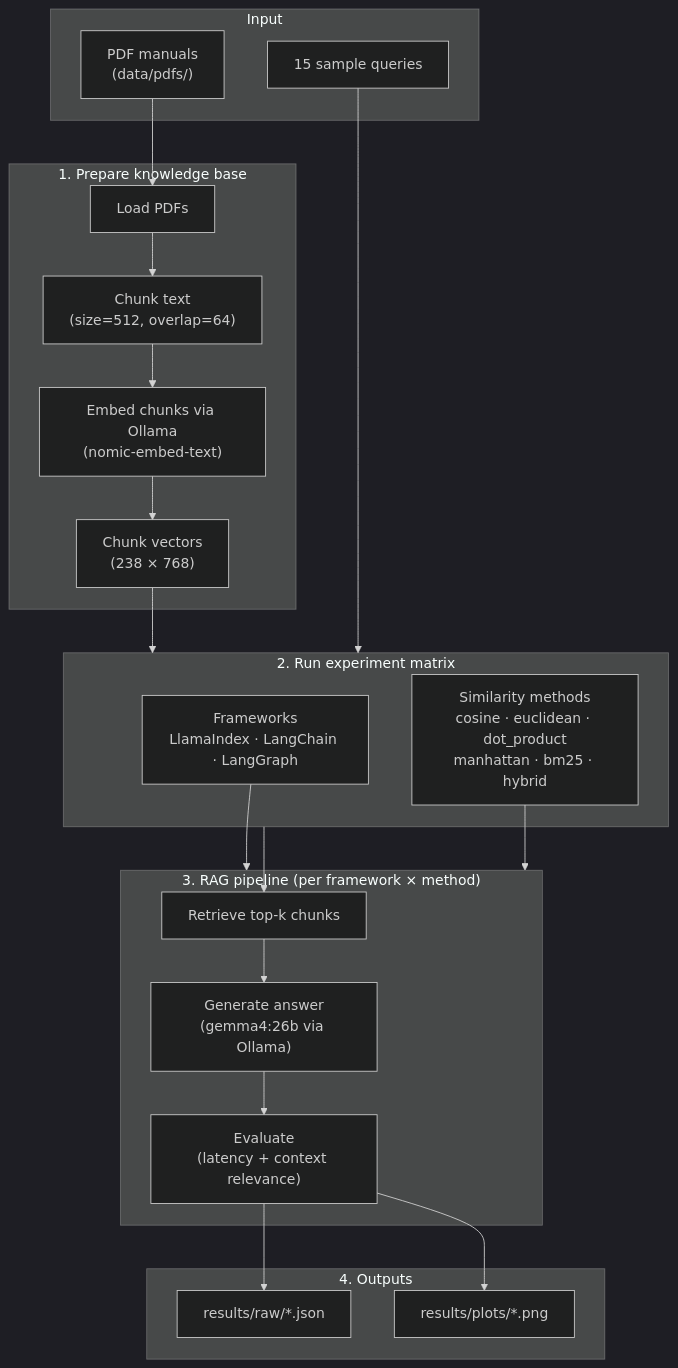
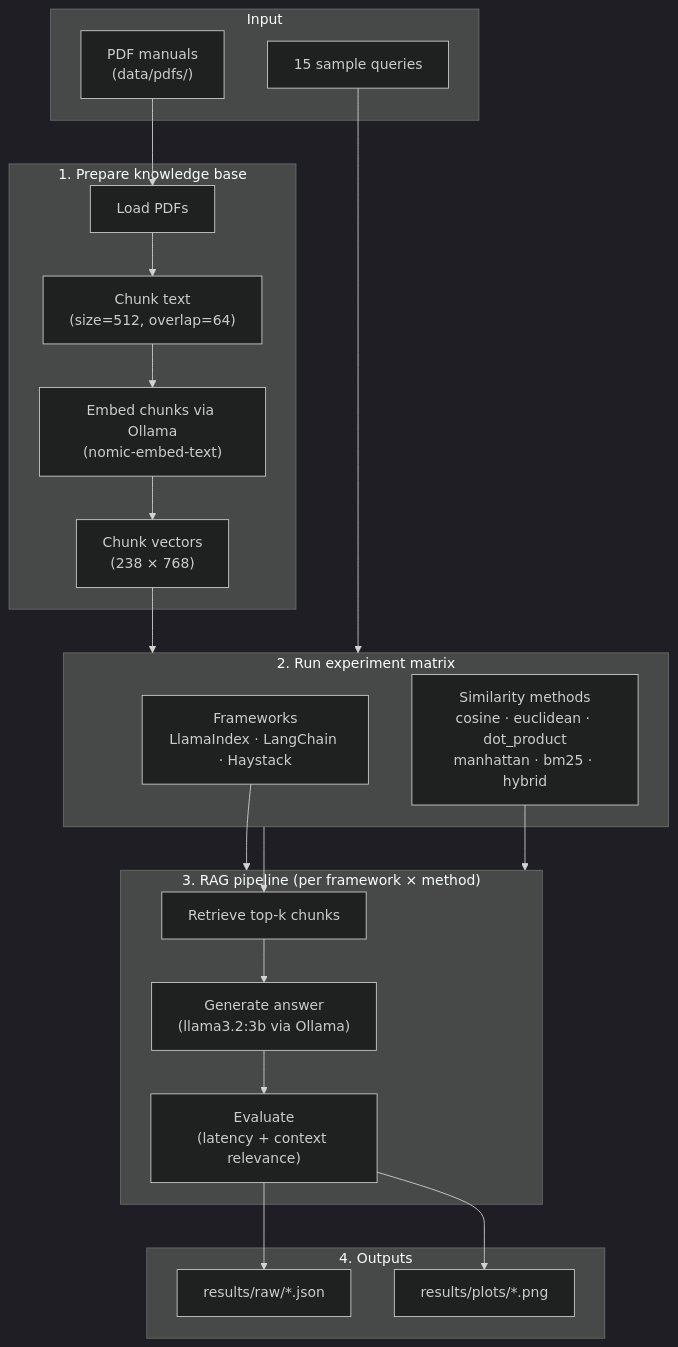
One commit to sty0331us/RAG_Experiment changed the first of 3 diagrams in Desktop/workspace/RAG_Experiment/README.md. Above: the diagram before and after it, drawn with Mermaid (dark theme). The commit also changed other lines of this file and 18 other files, not shown here.

First line of the commit message:
Replace LangGraph with Haystack for a fairer 3-way RAG comparison.

````diff
--- a/Desktop/workspace/RAG_Experiment/README.md
+++ b/Desktop/workspace/RAG_Experiment/README.md
@@ -12,39 +12,39 @@
 ```mermaid
 flowchart TB
     subgraph Input
         PDF["PDF manuals<br/>(data/pdfs/)"]
         Q["15 sample queries"]
     end
 
     subgraph Prep["1. Prepare knowledge base"]
         Load["Load PDFs"]
         Chunk["Chunk text<br/>(size=512, overlap=64)"]
         Embed["Embed chunks via Ollama<br/>(nomic-embed-text)"]
         Vectors["Chunk vectors<br/>(238 × 768)"]
     end
 
     subgraph Experiment["2. Run experiment matrix"]
-        FW["Frameworks<br/>LlamaIndex · LangChain · LangGraph"]
+        FW["Frameworks<br/>LlamaIndex · LangChain · Haystack"]
         Methods["Similarity methods<br/>cosine · euclidean · dot_product<br/>manhattan · bm25 · hybrid"]
     end
 
     subgraph RAG["3. RAG pipeline (per framework × method)"]
         Retrieve["Retrieve top-k chunks"]
-        Generate["Generate answer<br/>(gemma4:26b via Ollama)"]
+        Generate["Generate answer<br/>(llama3.2:3b via Ollama)"]
         Eval["Evaluate<br/>(latency + context relevance)"]
     end
 
     subgraph Output["4. Outputs"]
         JSON["results/raw/*.json"]
         Plots["results/plots/*.png"]
     end
 
     PDF --> Load --> Chunk --> Embed --> Vectors
     Q --> Experiment
     Vectors --> Experiment
     FW --> RAG
     Methods --> RAG
     Experiment --> Retrieve --> Generate --> Eval
     Eval --> JSON
     Eval --> Plots
 ```
````
